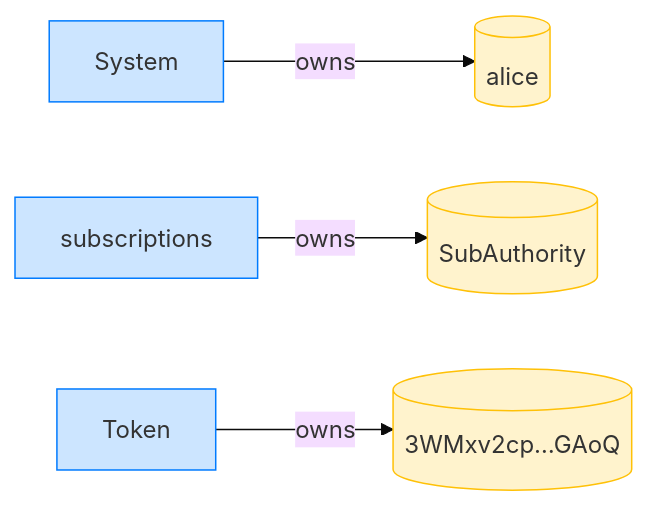
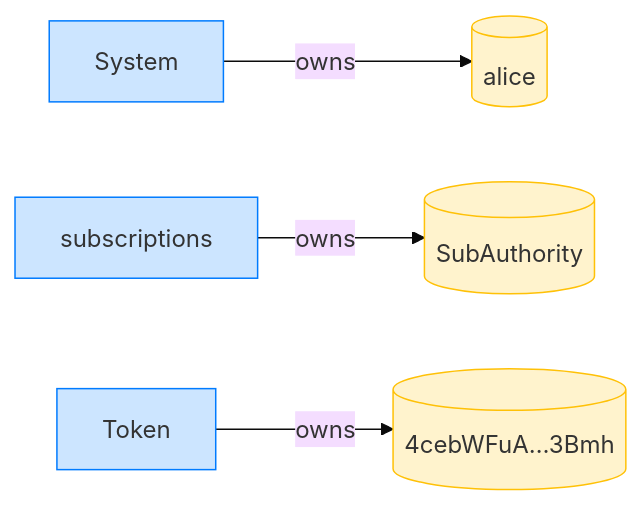
One commit to cds-rs/subscriptions changed the fourth of 16 diagrams in dsl_tests/transfer-subscription--a-stale-subscription-authority-is-refused.md. Above: the diagram before and after it, drawn with Mermaid (base theme). The commit also changed other lines of this file and 224 other files, not shown here.

````diff
--- a/dsl_tests/transfer-subscription--a-stale-subscription-authority-is-refused.md
+++ b/dsl_tests/transfer-subscription--a-stale-subscription-authority-is-refused.md
@@ -73,14 +78,14 @@
 ```mermaid
 flowchart LR
     classDef owner fill:#cce5ff,stroke:#007bff;
     classDef account fill:#fff3cd,stroke:#ffc107;
     System[System]:::owner
     alice[(alice)]:::account
     subscriptions[subscriptions]:::owner
     SubAuthority[(SubAuthority)]:::account
     Token[Token]:::owner
-    3WMxv2cp_GAoQ[("3WMxv2cp…GAoQ")]:::account
+    4cebWFuA_3Bmh[("4cebWFuA…3Bmh")]:::account
     System -->|owns| alice
     subscriptions -->|owns| SubAuthority
-    Token -->|owns| 3WMxv2cp_GAoQ
+    Token -->|owns| 4cebWFuA_3Bmh
 ```
````
